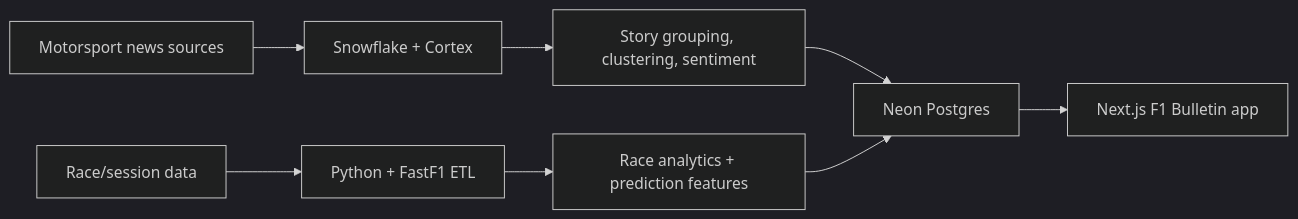
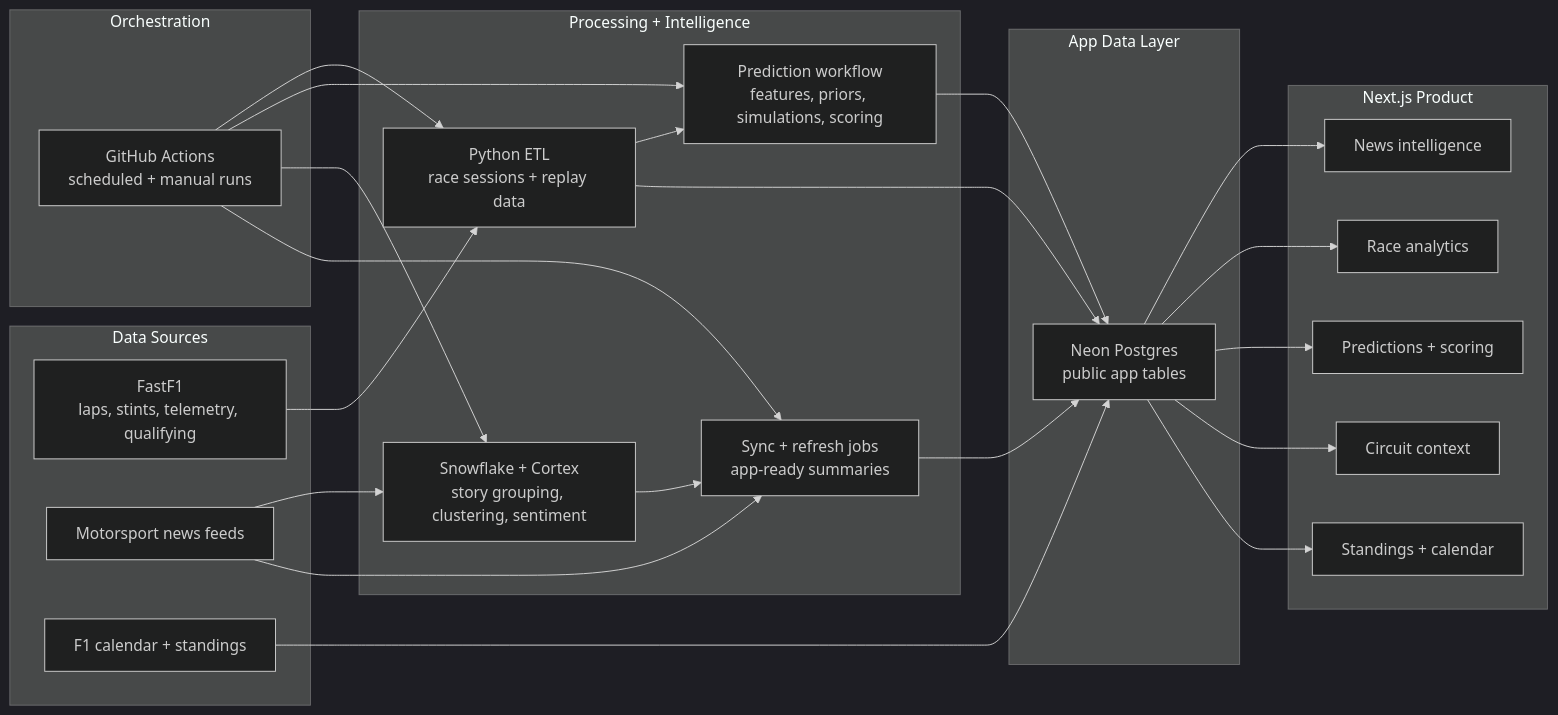
One commit to Pournami-Prakash/f1-bulletin-live changed the diagram in README.md. Above: the diagram before and after it, drawn with Mermaid (dark theme).

````diff
--- a/README.md
+++ b/README.md
@@ -22,10 +22,50 @@
 ```mermaid
 flowchart LR
-  A["Race/session data"] --> B["Python + FastF1 ETL"]
-  C["Motorsport news sources"] --> D["Snowflake + Cortex"]
-  D --> E["Story grouping, clustering, sentiment"]
-  B --> F["Race analytics + prediction features"]
-  E --> G["Neon Postgres"]
-  F --> G
-  G --> H["Next.js F1 Bulletin app"]
+  subgraph Sources["Data Sources"]
+    A["FastF1<br/>laps, stints, telemetry, qualifying"]
+    B["Motorsport news feeds"]
+    C["F1 calendar + standings"]
+  end
+
+  subgraph Orchestration["Orchestration"]
+    D["GitHub Actions<br/>scheduled + manual runs"]
+  end
+
+  subgraph Processing["Processing + Intelligence"]
+    E["Python ETL<br/>race sessions + replay data"]
+    F["Prediction workflow<br/>features, priors, simulations, scoring"]
+    G["Snowflake + Cortex<br/>story grouping, clustering, sentiment"]
+    H["Sync + refresh jobs<br/>app-ready summaries"]
+  end
+
+  subgraph AppData["App Data Layer"]
+    I["Neon Postgres<br/>public app tables"]
+  end
+
+  subgraph Product["Next.js Product"]
+    J["News intelligence"]
+    K["Race analytics"]
+    L["Predictions + scoring"]
+    M["Circuit context"]
+    N["Standings + calendar"]
+  end
+
+  D --> E
+  D --> F
+  D --> G
+  D --> H
+  B --> G
+  B --> H
+  A --> E
+  E --> F
+  E --> I
+  F --> I
+  G --> H
+  H --> I
+  C --> I
+  I --> J
+  I --> K
+  I --> L
+  I --> M
+  I --> N
 ```
````
